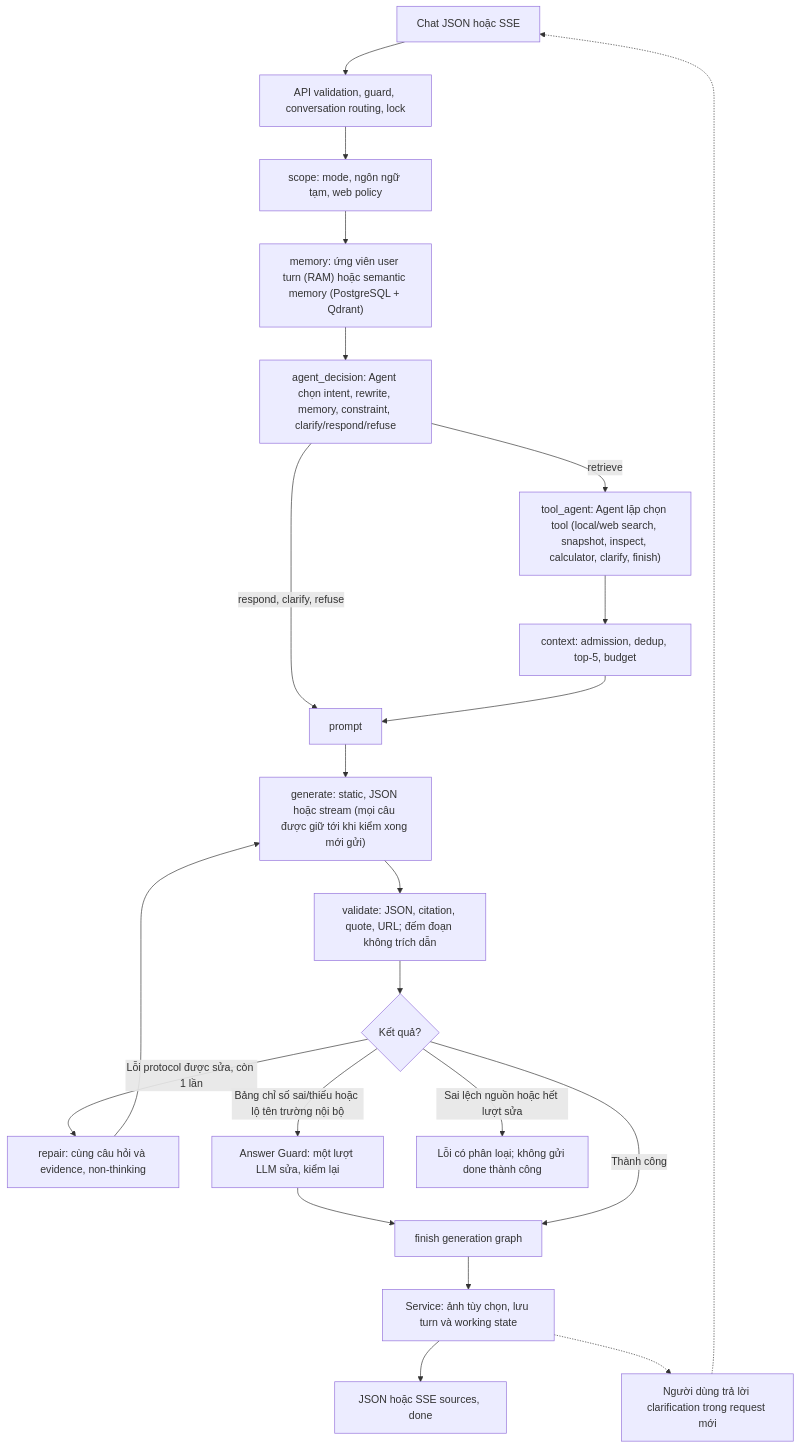
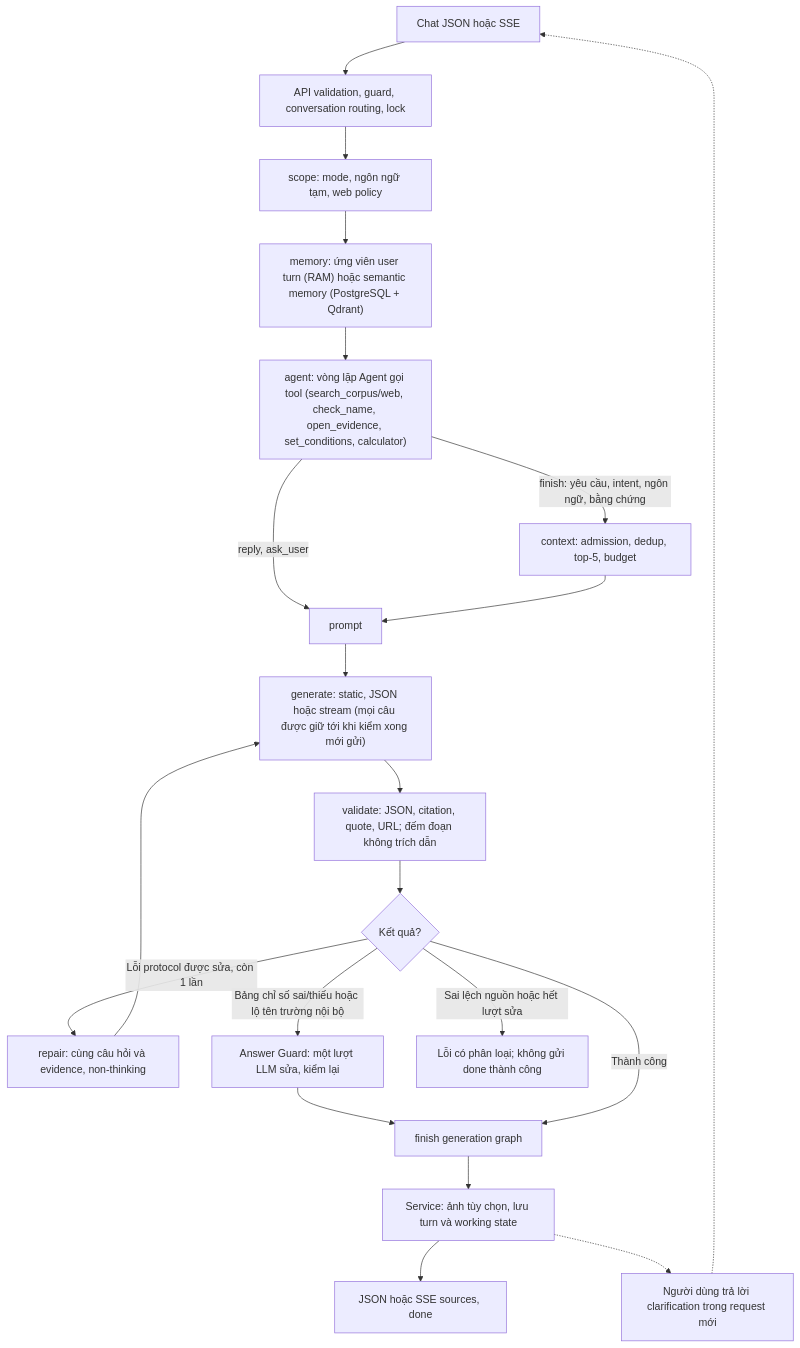
Before and after one commit to HoanBuCon/Index-Beast: the diagram in docs/api/langgraph-memory.md, drawn with Mermaid. The commit also changed other lines of this file and 64 other files, not shown here.

````diff
--- a/docs/api/langgraph-memory.md
+++ b/docs/api/langgraph-memory.md
@@ -23,24 +24,23 @@
 ```mermaid
 graph TD
     A["Chat JSON hoặc SSE"] --> B["API validation, guard, conversation routing, lock"]
     B --> S["scope: mode, ngôn ngữ tạm, web policy"]
     S --> M["memory: ứng viên user turn (RAM) hoặc semantic memory (PostgreSQL + Qdrant)"]
-    M --> D["agent_decision: Agent chọn intent, rewrite, memory, constraint, clarify/respond/refuse"]
-    D -->|"respond, clarify, refuse"| P["prompt"]
-    D -->|"retrieve"| T["tool_agent: Agent lặp chọn tool (local/web search, snapshot, inspect, calculator, clarify, finish)"]
-    T --> X["context: admission, dedup, top-5, budget"]
+    M --> D["agent: vòng lặp Agent gọi tool (search_corpus/web, check_name, open_evidence, set_conditions, calculator)"]
+    D -->|"reply, ask_user"| P["prompt"]
+    D -->|"finish: yêu cầu, intent, ngôn ngữ, bằng chứng"| X["context: admission, dedup, top-5, budget"]
     X --> P
     P --> E["generate: static, JSON hoặc stream (mọi câu được giữ tới khi kiểm xong mới gửi)"]
     E --> V["validate: JSON, citation, quote, URL; đếm đoạn không trích dẫn"]
     V --> VQ{"Kết quả?"}
     VQ -->|"Lỗi protocol được sửa, còn 1 lần"| F["repair: cùng câu hỏi và evidence, non-thinking"]
     F --> E
     VQ -->|"Bảng chỉ số sai/thiếu hoặc lộ tên trường nội bộ"| G["Answer Guard: một lượt LLM sửa, kiểm lại"]
     G --> Z["finish generation graph"]
     VQ -->|"Thành công"| Z
     VQ -->|"Sai lệch nguồn hoặc hết lượt sửa"| ER["Lỗi có phân loại; không gửi done thành công"]
     Z --> IM["Service: ảnh tùy chọn, lưu turn và working state"]
     IM --> OUT["JSON hoặc SSE sources, done"]
     IM -.-> NEXT["Người dùng trả lời clarification trong request mới"]
     NEXT -.-> A
 ```
````
